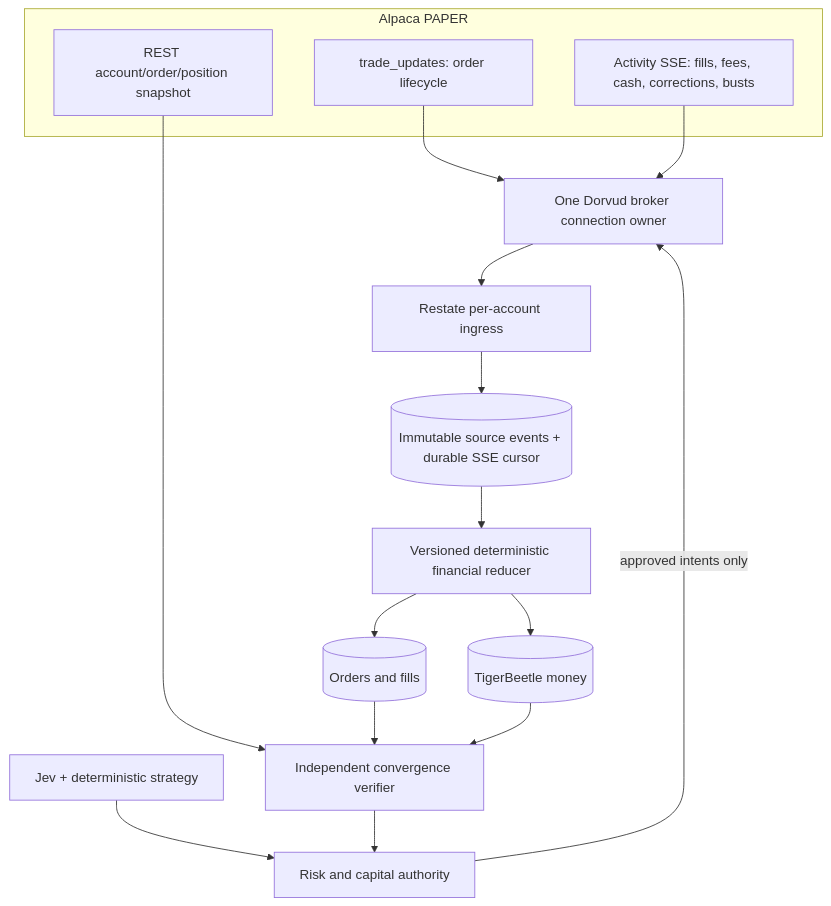
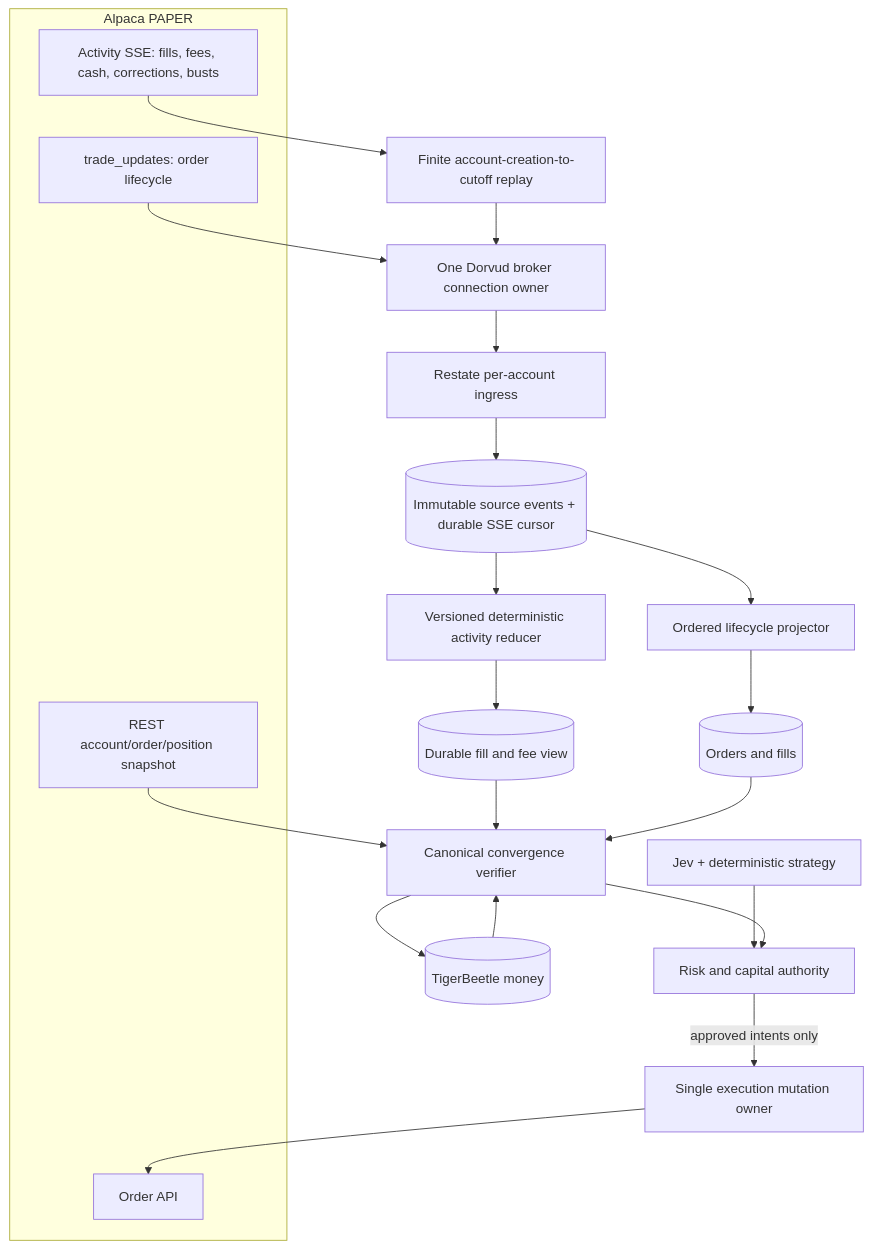
The third of 3 diagrams in docs/bayn/durable-broker-event-architecture.md (proompteng/lab), drawn with Mermaid before and after one commit. The commit also changed other lines of this file and 40 other files, not shown here.

````diff
--- a/docs/bayn/durable-broker-event-architecture.md
+++ b/docs/bayn/durable-broker-event-architecture.md
@@ -162,30 +165,36 @@
 ```mermaid
 flowchart TB
   subgraph Provider[Alpaca PAPER]
     TU[trade_updates: order lifecycle]
     AS[Activity SSE: fills, fees, cash, corrections, busts]
     REST[REST account/order/position snapshot]
+    API[Order API]
   end
 
+  Catchup[Finite account-creation-to-cutoff replay]
   Owner[One Dorvud broker connection owner]
   Ingress[Restate per-account ingress]
   Source[(Immutable source events + durable SSE cursor)]
-  Reducer[Versioned deterministic financial reducer]
+  Lifecycle[Ordered lifecycle projector]
+  Reducer[Versioned deterministic activity reducer]
+  Projection[(Durable fill and fee view)]
   Order[(Orders and fills)]
   Money[(TigerBeetle money)]
-  Verify[Independent convergence verifier]
+  Verify[Canonical convergence verifier]
   Strategy[Jev + deterministic strategy]
   Risk[Risk and capital authority]
+  Mutation[Single execution mutation owner]
 
   TU --> Owner
-  AS --> Owner
-  Owner --> Ingress --> Source --> Reducer
-  Reducer --> Order
-  Reducer --> Money
+  AS --> Catchup --> Owner
+  Owner --> Ingress --> Source
+  Source --> Lifecycle --> Order
+  Source --> Reducer --> Projection --> Verify
   REST --> Verify
+  Verify --> Money
   Order --> Verify
   Money --> Verify
   Strategy --> Risk
   Verify --> Risk
-  Risk -->|approved intents only| Owner
+  Risk -->|approved intents only| Mutation --> API
 ```
````
